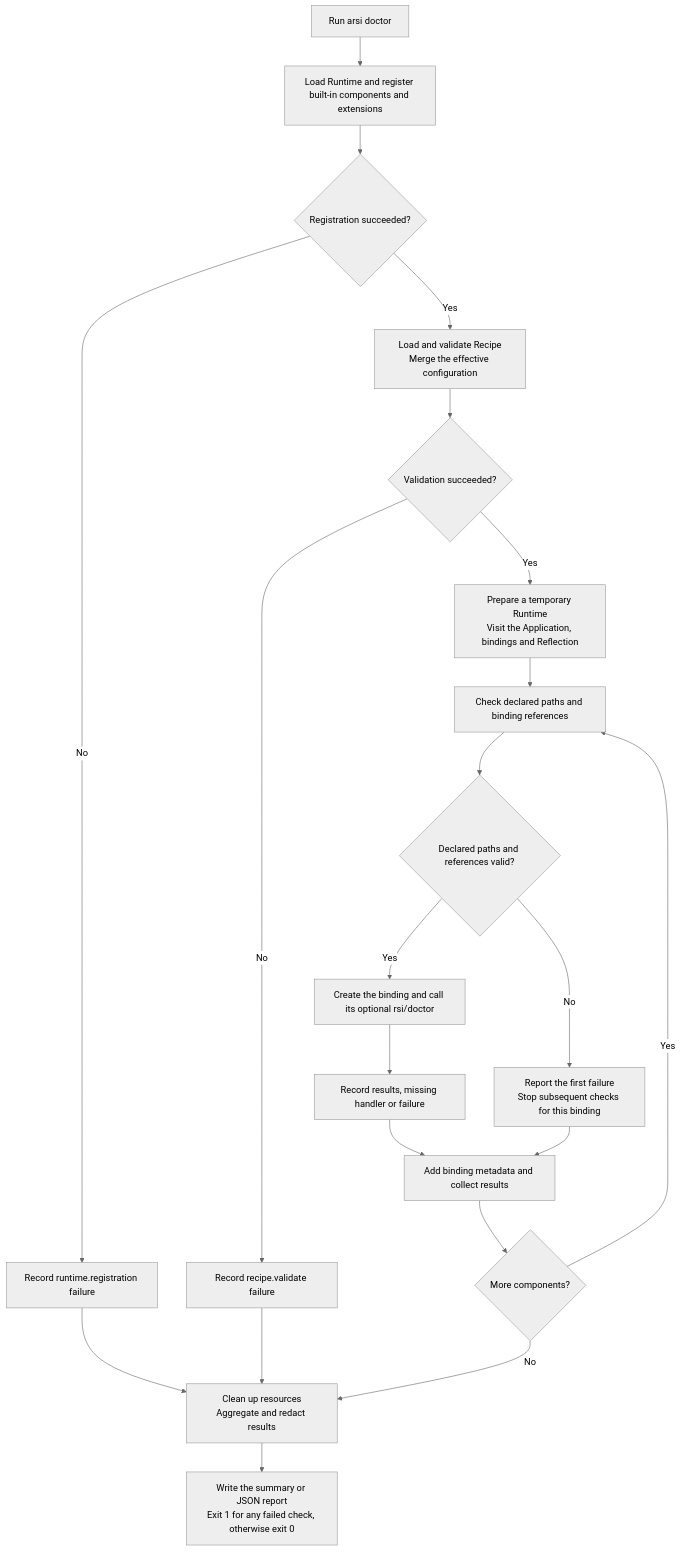
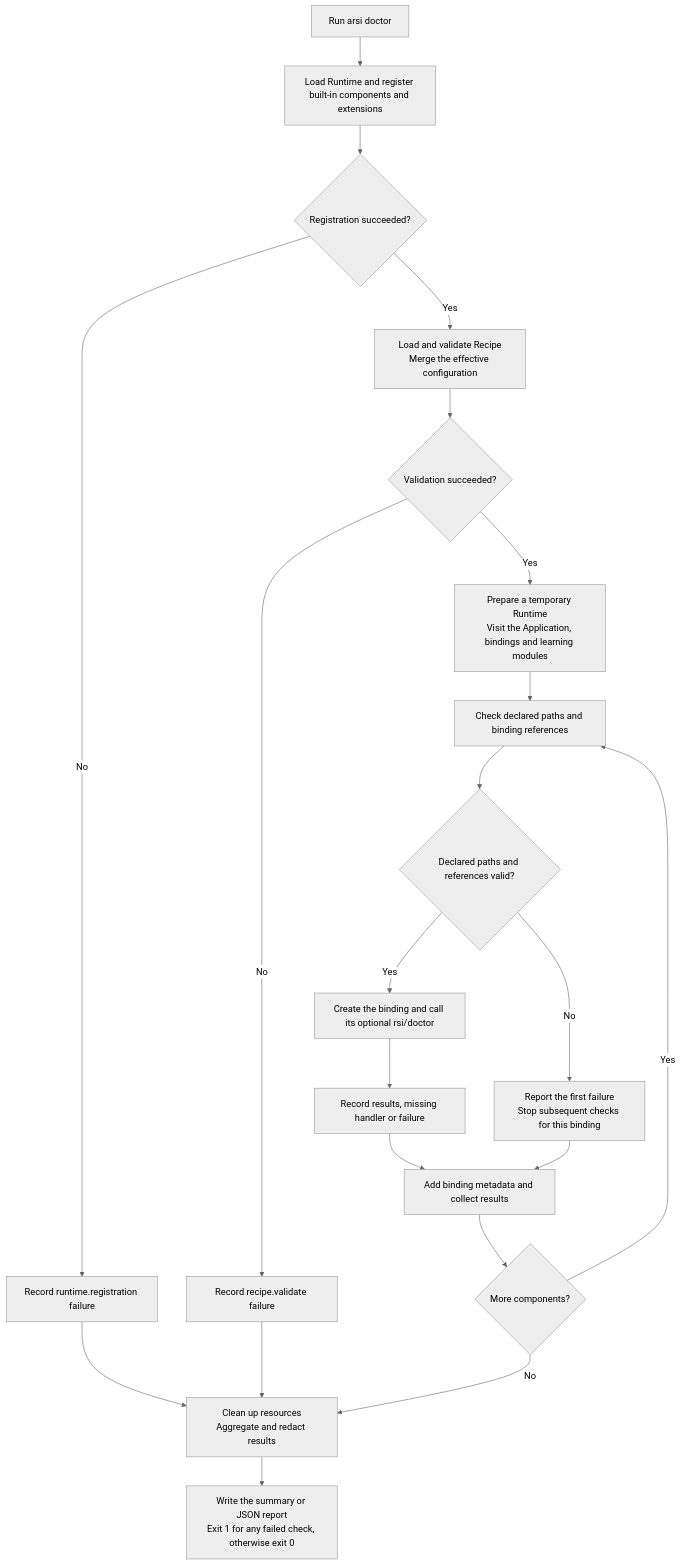
One commit to ARSI-LAB/ARSI changed the diagram in docs/users/guides/doctor.md. Above: the diagram before and after it, drawn with Mermaid (neutral theme). The commit also changed other lines of this file and 207 other files, not shown here.

Commit message:
[feature] Run Memory and Reflection through runtime events

````diff
--- a/docs/users/guides/doctor.md
+++ b/docs/users/guides/doctor.md
@@ -22,23 +22,23 @@
 ```mermaid
 flowchart TD
     A["Run arsi doctor"] --> B["Load Runtime and register built-in components and extensions"]
     B --> C{"Registration succeeded?"}
     C -- No --> D["Record runtime.registration failure"]
     C -- Yes --> E["Load and validate Recipe<br/>Merge the effective configuration"]
     E --> F{"Validation succeeded?"}
     F -- No --> G["Record recipe.validate failure"]
-    F -- Yes --> H["Prepare a temporary Runtime<br/>Visit the Application, bindings and Reflection"]
+    F -- Yes --> H["Prepare a temporary Runtime<br/>Visit the Application, bindings and learning modules"]
     H --> I["Check declared paths and binding references"]
     I --> J{"Declared paths and references valid?"}
     J -- Yes --> K["Create the binding and call its optional rsi/doctor"]
     K --> Q["Record results, missing handler or failure"]
     J -- No --> L["Report the first failure<br/>Stop subsequent checks for this binding"]
     Q --> M["Add binding metadata and collect results"]
     L --> M
     M --> N{"More components?"}
     N -- Yes --> I
     N -- No --> O["Clean up resources<br/>Aggregate and redact results"]
     D --> O
     G --> O
     O --> P["Write the summary or JSON report<br/>Exit 1 for any failed check, otherwise exit 0"]
 ```
````
